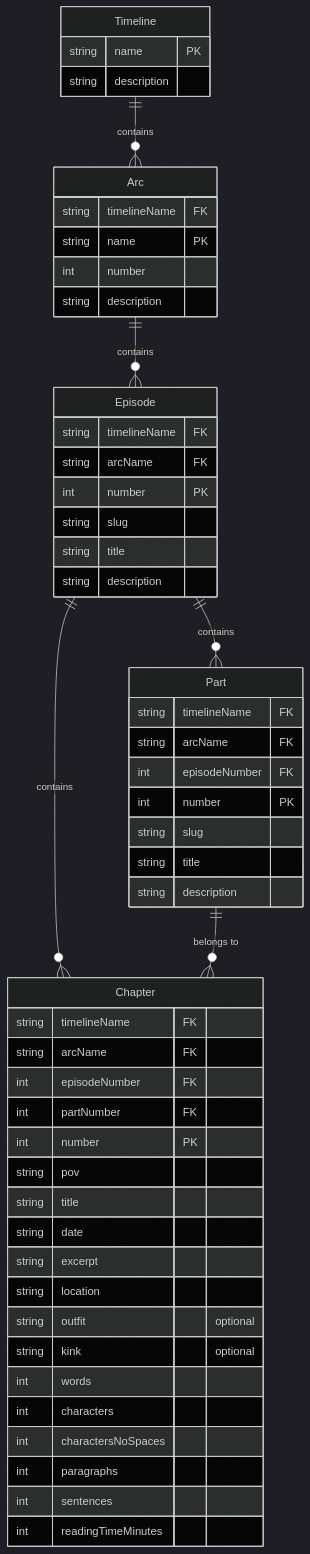
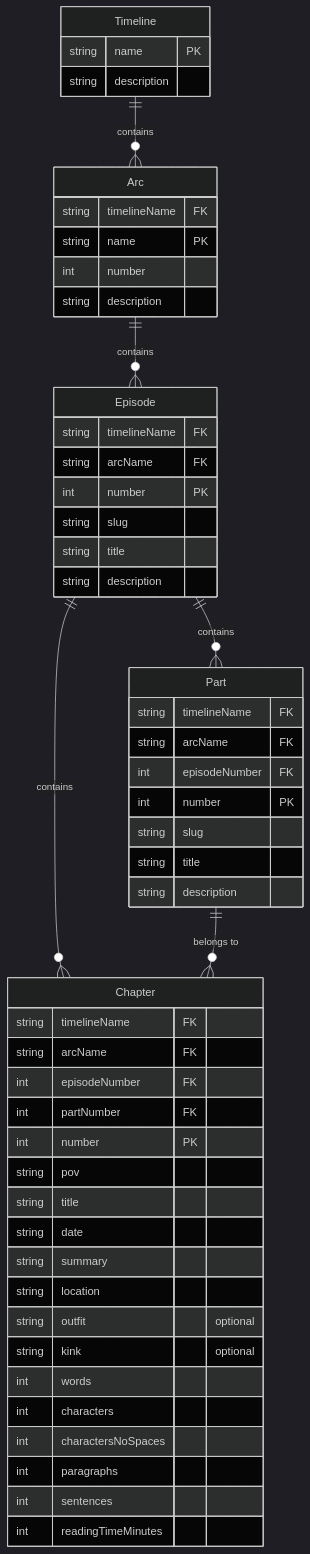
Before and after one commit to echoes-io/models: the diagram in README.md, drawn with Mermaid (dark theme). The commit also changed other lines of this file and 7 other files, not shown here.

Commit message:
perf: :truck: Moving from `chapter.excerpt` to `chapter.summary`, extending utils model

````diff
--- a/README.md
+++ b/README.md
@@ -61,60 +61,60 @@
 ```mermaid
 erDiagram
     Timeline ||--o{ Arc : contains
     Arc ||--o{ Episode : contains
     Episode ||--o{ Part : contains
     Episode ||--o{ Chapter : contains
     Part ||--o{ Chapter : "belongs to"
     
     Timeline {
         string name PK
         string description
     }
     
     Arc {
         string timelineName FK
         string name PK
         int number
         string description
     }
     
     Episode {
         string timelineName FK
         string arcName FK
         int number PK
         string slug
         string title
         string description
     }
     
     Part {
         string timelineName FK
         string arcName FK
         int episodeNumber FK
         int number PK
         string slug
         string title
         string description
     }
     
     Chapter {
         string timelineName FK
         string arcName FK
         int episodeNumber FK
         int partNumber FK
         int number PK
         string pov
         string title
         string date
-        string excerpt
+        string summary
         string location
         string outfit "optional"
         string kink "optional"
         int words
         int characters
         int charactersNoSpaces
         int paragraphs
         int sentences
         int readingTimeMinutes
     }
 ```
````
